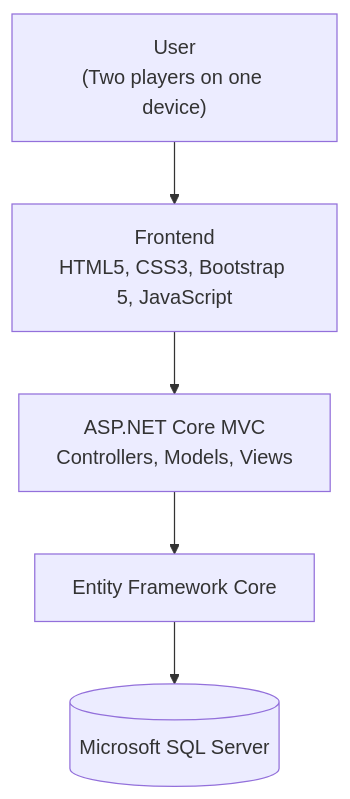
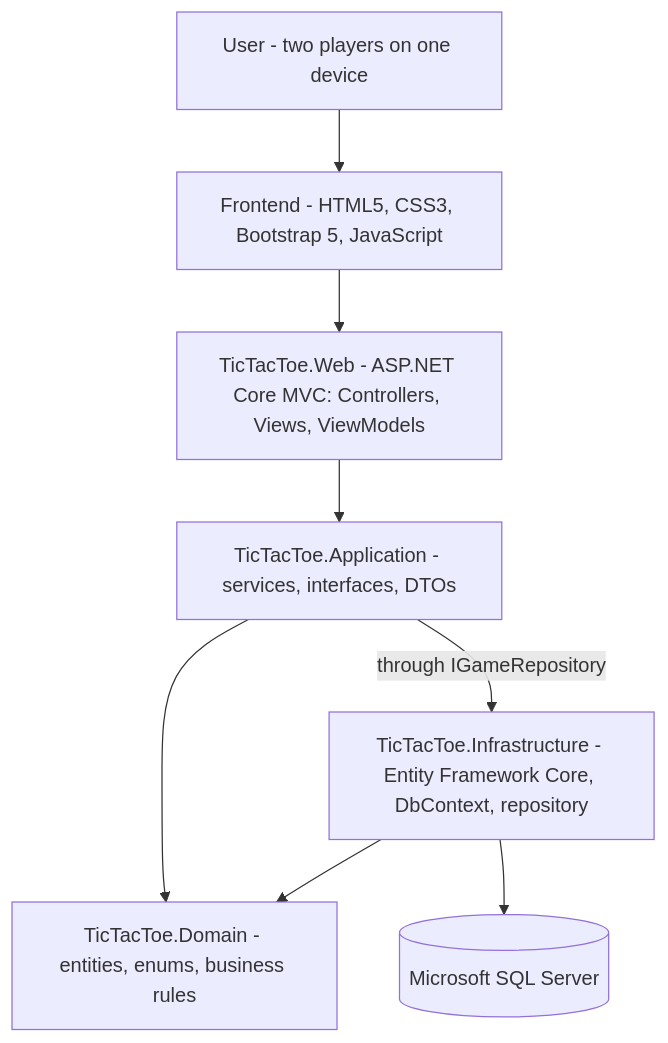
Before and after one commit to phaticroman/TicTacToe: the first of 4 diagrams in docs/TechStack.md, drawn with Mermaid. The commit also changed other lines of this file and 1 other file, not shown here.

Commit message:
fix two documents

````diff
--- a/docs/TechStack.md
+++ b/docs/TechStack.md
@@ -283,13 +315,18 @@
 ```mermaid
 flowchart TD
-    U["User<br/>(Two players on one device)"]
-    F["Frontend<br/>HTML5, CSS3, Bootstrap 5, JavaScript"]
-    M["ASP.NET Core MVC<br/>Controllers, Models, Views"]
-    E["Entity Framework Core"]
-    D[("Microsoft SQL Server")]
+    U["User - two players on one device"]
+    F["Frontend - HTML5, CSS3, Bootstrap 5, JavaScript"]
+    W["TicTacToe.Web - ASP.NET Core MVC: Controllers, Views, ViewModels"]
+    A["TicTacToe.Application - services, interfaces, DTOs"]
+    D["TicTacToe.Domain - entities, enums, business rules"]
+    I["TicTacToe.Infrastructure - Entity Framework Core, DbContext, repository"]
+    S[("Microsoft SQL Server")]
 
     U --> F
-    F --> M
-    M --> E
-    E --> D
+    F --> W
+    W --> A
+    A --> D
+    A -->|"through IGameRepository"| I
+    I --> D
+    I --> S
 ```
````
